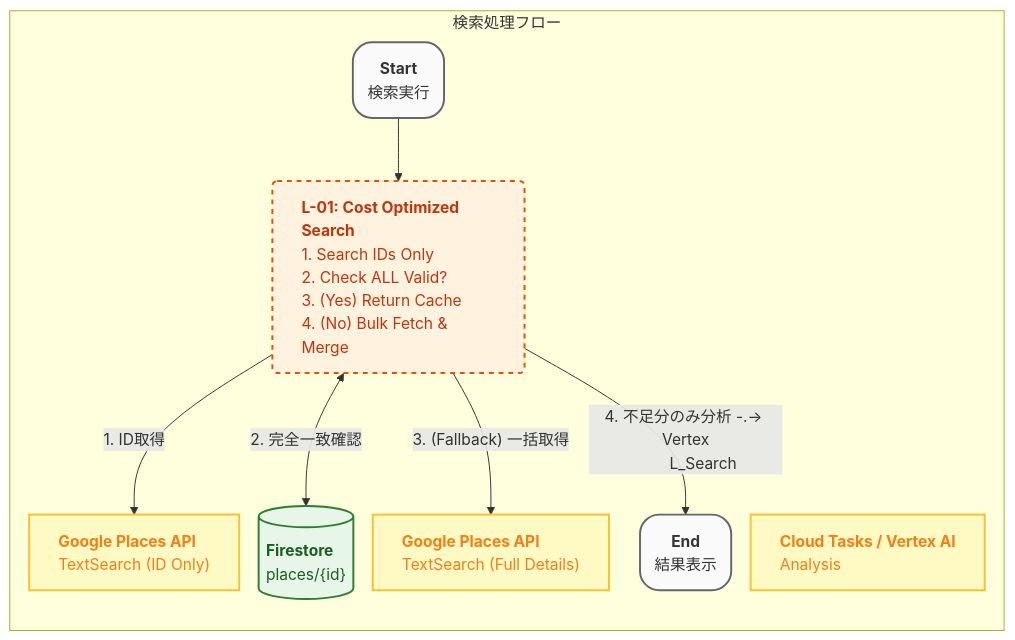
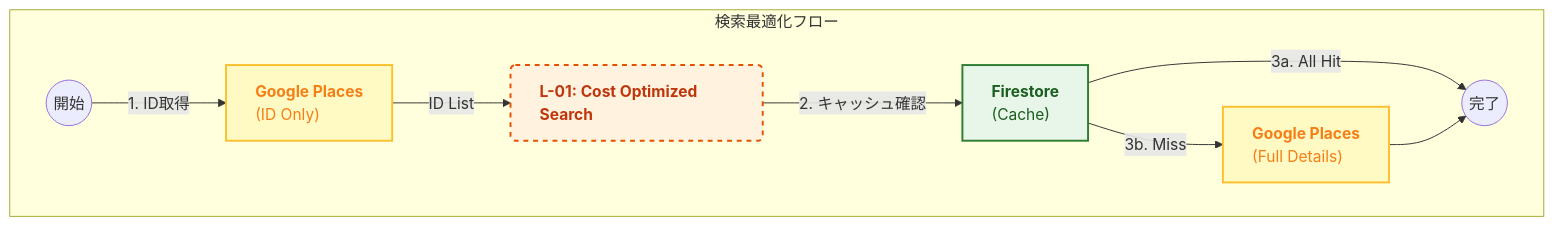
Diagram 14 of 14 in docs/仕様書.md (plplbody/googlemap-reviews-AIanalyzer), drawn with Mermaid before and after one commit. The commit also changed other lines of this file and 25 other files, not shown here.

````diff
--- a/docs/仕様書.md
+++ b/docs/仕様書.md
@@ -773,31 +998,24 @@
 ```mermaid
-%%{init: {'flowchart': {'useMaxWidth': false, 'rankSpacing': 40, 'nodeSpacing': 20}}}%%
-flowchart LR
-    %% Definitions
-    classDef startend fill:#fafafa,stroke:#666,stroke-width:2px,rx:20,ry:20,color:#333
+flowchart TD
     classDef ui fill:#e1f5fe,stroke:#01579b,stroke-width:2px,rx:5,ry:5,color:#1a237e,text-align:left
     classDef logic fill:#fff3e0,stroke:#e65100,stroke-width:2px,stroke-dasharray: 5 5,rx:5,ry:5,color:#bf360c,text-align:left
     classDef db fill:#e8f5e9,stroke:#2e7d32,stroke-width:2px,rx:0,ry:0,color:#1b5e20,text-align:left
     classDef ext fill:#fff9c4,stroke:#fbc02d,stroke-width:2px,rx:0,ry:0,color:#f57f17,text-align:left
 
-    S14_Start("<b>Start</b><br/>検索実行"):::startend
-    S14_End("<b>End</b><br/>結果表示"):::startend
+    S14_Start((開始)):::startend
+    S14_End((完了)):::startend
 
-    subgraph ACT_14 ["検索処理フロー"]
-        direction TB
-        L_Search["<b>L-01: Cost Optimized Search</b><br/>1. Search IDs Only<br/>2. Check ALL Valid?<br/>3. (Yes) Return Cache<br/>4. (No) Bulk Fetch & Merge"]:::logic
+    subgraph ACT_14 ["検索最適化フロー"]
+        L_Search["<b>L-01: Cost Optimized Search</b>"]:::logic
+        API_ID["<b>Google Places</b><br/>(ID Only)"]:::ext
+        DB["<b>Firestore</b><br/>(Cache)"]:::db
+        API_Full["<b>Google Places</b><br/>(Full Details)"]:::ext
         
-        API_ID["<b>Google Places API</b><br/>TextSearch (ID Only)"]:::ext
-        API_Text["<b>Google Places API</b><br/>TextSearch (Full Details)"]:::ext
-        
-        DB_Places[("<b>Firestore</b><br/>places/{id}")]:::db
-        Vertex["<b>Cloud Tasks / Vertex AI</b><br/>Analysis"]:::ext
-
-        S14_Start --> L_Search
-        L_Search -- "1. ID取得" --> API_ID
-        L_Search -- "2. 完全一致確認" <--> DB_Places
-        L_Search -- "3. (Fallback) 一括取得" --> API_Text
-        L_Search -- "4. 不足分のみ分析" -.-> Vertex
-        L_Search --> S14_End
+        S14_Start -- "1. ID取得" --> API_ID
+        API_ID -- "ID List" --> L_Search
+        L_Search -- "2. キャッシュ確認" --> DB
+        DB -- "3a. All Hit" --> S14_End
+        DB -- "3b. Miss" --> API_Full
+        API_Full --> S14_End
     end
 ```
````
